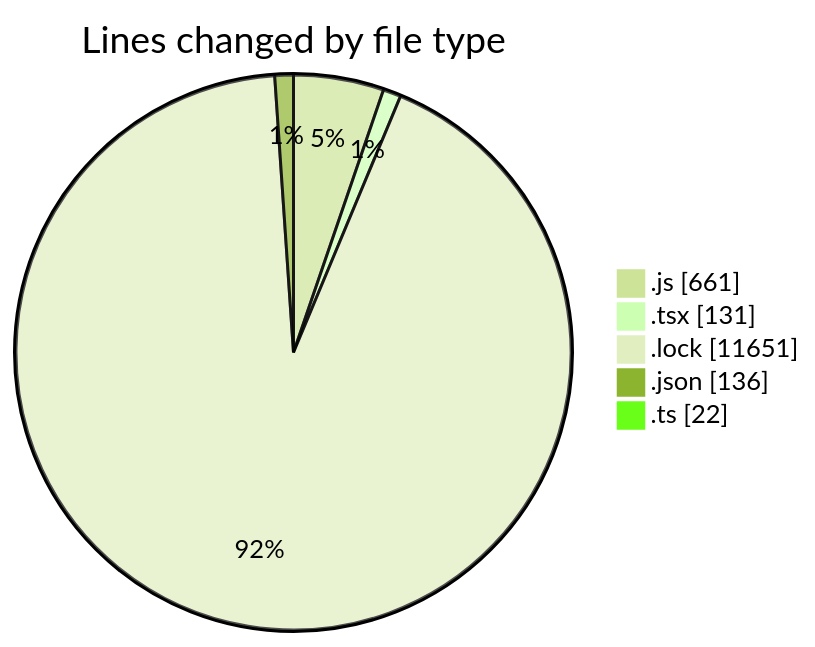
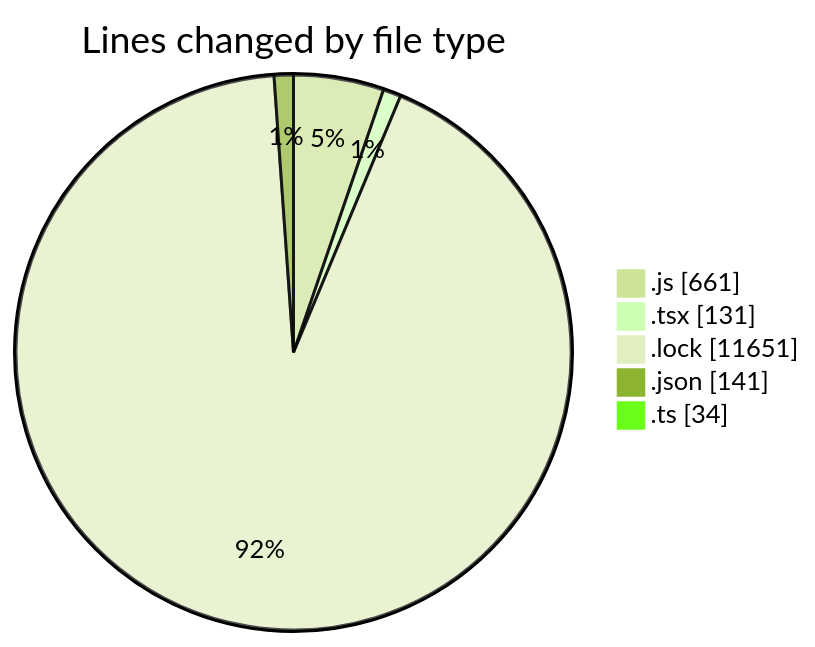
The first of 2 diagrams in 2026-01-13/cda/README.md (momahboobian/code-tracking), drawn with Mermaid (forest theme) before and after one commit. The commit also changed other lines of this file and 1 other file, not shown here.

````diff
--- a/2026-01-13/cda/README.md
+++ b/2026-01-13/cda/README.md
@@ -29,9 +29,9 @@
 ```mermaid
 pie showData
 title Lines changed by file type
 ".js" : 661
 ".tsx" : 131
 ".lock" : 11651
-".json" : 136
-".ts" : 22
+".json" : 141
+".ts" : 34
 ```
````
